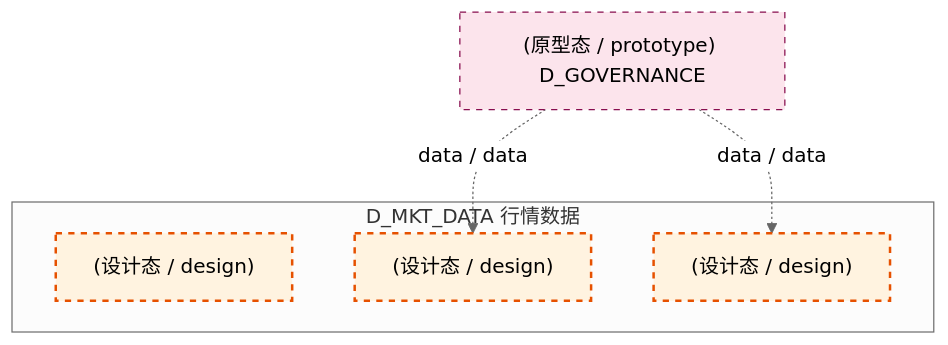
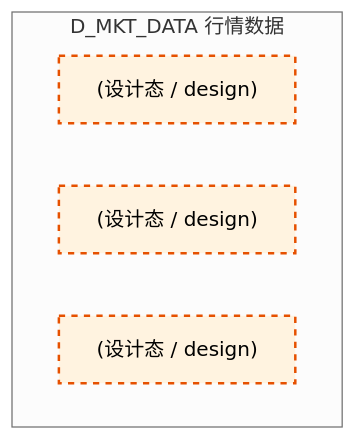
One commit to xuanFelixVan/ZephyrAlpha changed the second of 4 diagrams in docs/02_enterprise_architecture/02_domain_architecture_docs/14_d_mkt_data.md. Above: the diagram before and after it, drawn with Mermaid (neutral theme). The commit also changed other lines of this file and 99 other files, not shown here.

````diff
--- a/docs/02_enterprise_architecture/02_domain_architecture_docs/14_d_mkt_data.md
+++ b/docs/02_enterprise_architecture/02_domain_architecture_docs/14_d_mkt_data.md
@@ -110,17 +107,13 @@
 ```mermaid
 graph TD
     subgraph D_MKT_DATA["D_MKT_DATA 行情数据"]
         docs_03_modules_cross_layer_database_sub_blueprints_c1_market_clickhouse_md["(设计态 / design) "]
         docs_03_modules_domain_data_data_acquisition_plan_md["(设计态 / design) "]
         docs_03_modules_domain_data_data_source_operation_manual_md["(设计态 / design) "]
     end
-    D_GOVERNANCE["(原型态 / prototype) D_GOVERNANCE"]
-    D_GOVERNANCE -.->|data / data| docs_03_modules_domain_data_data_source_operation_manual_md
-    D_GOVERNANCE -.->|data / data| docs_03_modules_domain_data_data_acquisition_plan_md
     classDef production fill:#e1f5fe,stroke:#01579b,stroke-width:2px,color:#000
     classDef design fill:#fff3e0,stroke:#e65100,stroke-width:2px,color:#000,stroke-dasharray: 5 5
     classDef external_prod fill:#e8f5e9,stroke:#1b5e20,stroke-width:1px,color:#000
     classDef external_design fill:#fce4ec,stroke:#880e4f,stroke-width:1px,color:#000,stroke-dasharray: 5 5
     class docs_03_modules_cross_layer_database_sub_blueprints_c1_market_clickhouse_md,docs_03_modules_domain_data_data_acquisition_plan_md,docs_03_modules_domain_data_data_source_operation_manual_md design
-    class D_GOVERNANCE external_design
 ```
````
